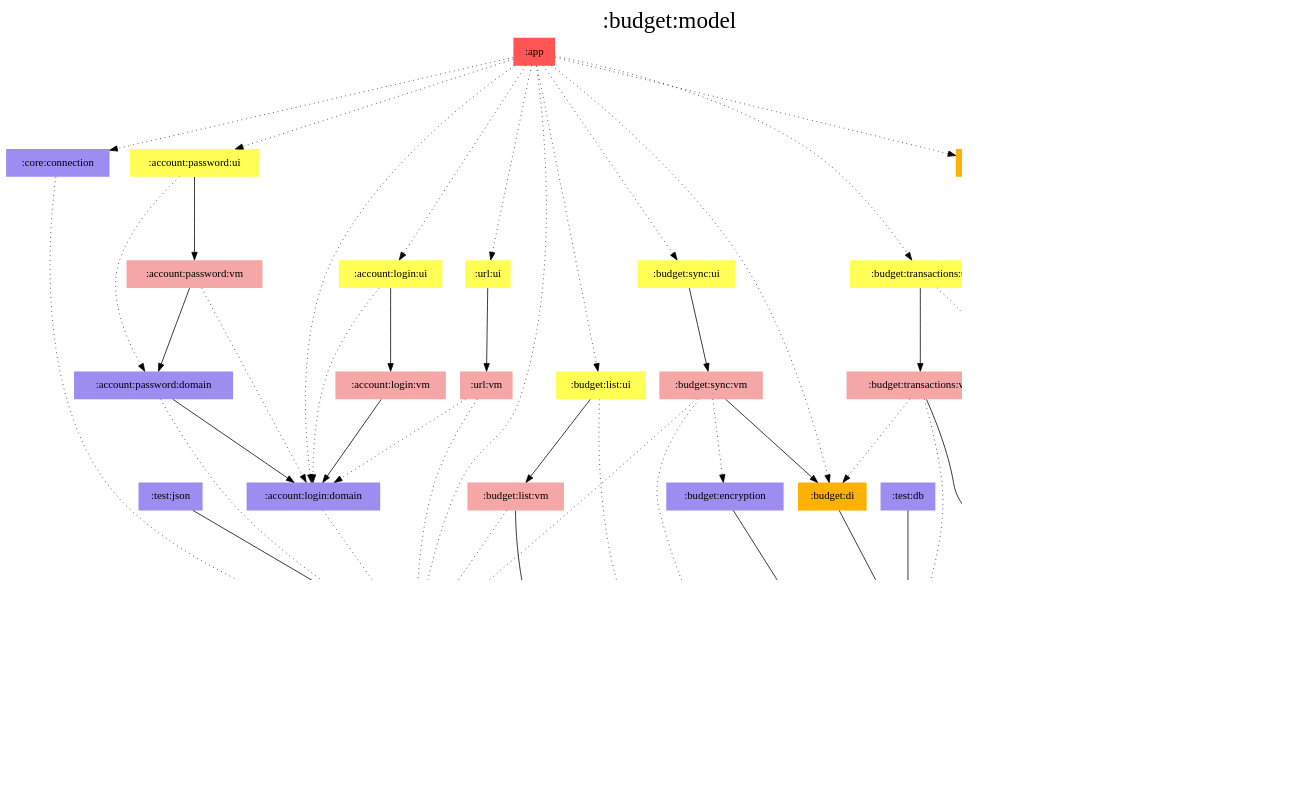
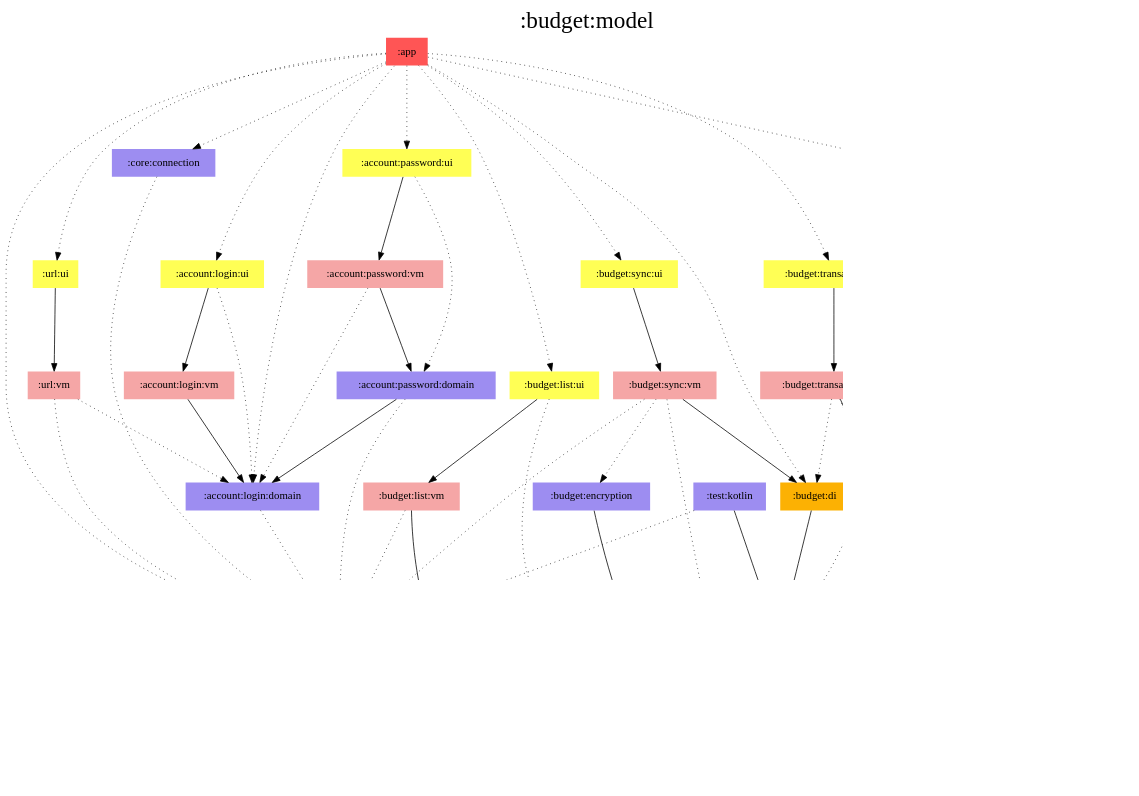
The diagram in modules/budget/model/modules.dot (jonapoul/aktual), drawn with Graphviz before and after one commit. The commit also changed 88 other files, not shown here.

```diff
--- a/modules/budget/model/modules.dot
+++ b/modules/budget/model/modules.dot
@@ -1,95 +1,92 @@
 digraph {
 edge ["dir"="forward"]
 graph ["dpi"="100","label"=":budget:model","labelloc"="t","fontsize"="30","ranksep"="1.5","rankdir"="TB"]
 node ["style"="filled"]
 ":account:login:domain" ["fillcolor"="#9D8DF1","shape"="none"]
 ":account:login:ui" ["fillcolor"="#FFFF55","shape"="none"]
 ":account:login:vm" ["fillcolor"="#F5A6A6","shape"="none"]
 ":account:password:domain" ["fillcolor"="#9D8DF1","shape"="none"]
 ":account:password:ui" ["fillcolor"="#FFFF55","shape"="none"]
 ":account:password:vm" ["fillcolor"="#F5A6A6","shape"="none"]
 ":api:actual" ["fillcolor"="#9D8DF1","shape"="none"]
 ":app" ["fillcolor"="#FF5555","shape"="none"]
 ":budget:db" ["fillcolor"="#9D8DF1","shape"="none"]
 ":budget:di" ["fillcolor"="#FCB103","shape"="none"]
 ":budget:encryption" ["fillcolor"="#9D8DF1","shape"="none"]
 ":budget:list:ui" ["fillcolor"="#FFFF55","shape"="none"]
 ":budget:list:vm" ["fillcolor"="#F5A6A6","shape"="none"]
 ":budget:model" ["fillcolor"="#9D8DF1","color"="black","penwidth"="3","shape"="box"]
 ":budget:sync:ui" ["fillcolor"="#FFFF55","shape"="none"]
 ":budget:sync:vm" ["fillcolor"="#F5A6A6","shape"="none"]
 ":budget:transactions:ui" ["fillcolor"="#FFFF55","shape"="none"]
 ":budget:transactions:vm" ["fillcolor"="#F5A6A6","shape"="none"]
 ":core:connection" ["fillcolor"="#9D8DF1","shape"="none"]
 ":core:di" ["fillcolor"="#FCB103","shape"="none"]
-":test:db" ["fillcolor"="#9D8DF1","shape"="none"]
-":test:files" ["fillcolor"="#9D8DF1","shape"="none"]
-":test:json" ["fillcolor"="#9D8DF1","shape"="none"]
+":test:kotlin" ["fillcolor"="#9D8DF1","shape"="none"]
 ":url:ui" ["fillcolor"="#FFFF55","shape"="none"]
 ":url:vm" ["fillcolor"="#F5A6A6","shape"="none"]
 {
 edge ["dir"="none"]
 graph ["rank"="same"]
 ":budget:model"
 }
 ":account:login:domain" -> ":api:actual" ["style"="dotted"]
 ":account:login:ui" -> ":account:login:domain" ["style"="dotted"]
 ":account:login:ui" -> ":account:login:vm"
 ":account:login:vm" -> ":account:login:domain"
 ":account:password:domain" -> ":account:login:domain"
 ":account:password:domain" -> ":api:actual" ["style"="dotted"]
 ":account:password:ui" -> ":account:password:domain" ["style"="dotted"]
 ":account:password:ui" -> ":account:password:vm"
 ":account:password:vm" -> ":account:login:domain" ["style"="dotted"]
 ":account:password:vm" -> ":account:password:domain"
 ":api:actual" -> ":budget:model"
 ":app" -> ":account:login:domain" ["style"="dotted"]
 ":app" -> ":account:login:ui" ["style"="dotted"]
 ":app" -> ":account:password:ui" ["style"="dotted"]
 ":app" -> ":api:actual" ["style"="dotted"]
 ":app" -> ":budget:di" ["style"="dotted"]
 ":app" -> ":budget:list:ui" ["style"="dotted"]
 ":app" -> ":budget:sync:ui" ["style"="dotted"]
 ":app" -> ":budget:transactions:ui" ["style"="dotted"]
 ":app" -> ":core:connection" ["style"="dotted"]
 ":app" -> ":core:di" ["style"="dotted"]
 ":app" -> ":url:ui" ["style"="dotted"]
 ":budget:db" -> ":budget:model"
 ":budget:di" -> ":budget:db"
 ":budget:encryption" -> ":budget:model"
 ":budget:list:ui" -> ":budget:list:vm"
 ":budget:list:ui" -> ":budget:model" ["style"="dotted"]
 ":budget:list:vm" -> ":api:actual" ["style"="dotted"]
 ":budget:list:vm" -> ":budget:model"
 ":budget:sync:ui" -> ":budget:sync:vm"
 ":budget:sync:vm" -> ":api:actual" ["style"="dotted"]
 ":budget:sync:vm" -> ":budget:di"
 ":budget:sync:vm" -> ":budget:encryption" ["style"="dotted"]
 ":budget:sync:vm" -> ":budget:model" ["style"="dotted"]
 ":budget:transactions:ui" -> ":budget:model" ["style"="dotted"]
 ":budget:transactions:ui" -> ":budget:transactions:vm"
 ":budget:transactions:vm" -> ":budget:db" ["style"="dotted"]
 ":budget:transactions:vm" -> ":budget:di" ["style"="dotted"]
 ":budget:transactions:vm" -> ":budget:model"
 ":core:connection" -> ":api:actual" ["style"="dotted"]
 ":core:di" -> ":budget:model"
-":test:db" -> ":budget:db"
-":test:files" -> ":budget:model"
-":test:json" -> ":api:actual"
+":test:kotlin" -> ":api:actual" ["style"="dotted"]
+":test:kotlin" -> ":budget:db"
 ":url:ui" -> ":url:vm"
 ":url:vm" -> ":account:login:domain" ["style"="dotted"]
 ":url:vm" -> ":api:actual" ["style"="dotted"]
 subgraph "cluster_legend" {
 edge ["dir"="none"]
 graph ["label"="Legend","fontsize"="20"]
 "Legend" ["style"="filled","fillcolor"="#FFFFFF","shape"="none","margin"="0","fontsize"="15","label"=<
 <TABLE BORDER="0" CELLBORDER="0" CELLSPACING="0" CELLPADDING="4">
 <TR><TD>App</TD><TD BGCOLOR="#FF5555">module-name</TD></TR>
 <TR><TD>ViewModel</TD><TD BGCOLOR="#F5A6A6">module-name</TD></TR>
 <TR><TD>Hilt</TD><TD BGCOLOR="#FCB103">module-name</TD></TR>
 <TR><TD>Compose</TD><TD BGCOLOR="#FFFF55">module-name</TD></TR>
 <TR><TD>Multiplatform</TD><TD BGCOLOR="#9D8DF1">module-name</TD></TR>
 </TABLE>
 >]
 } -> ":budget:model" ["style"="invis"]
 }
```
